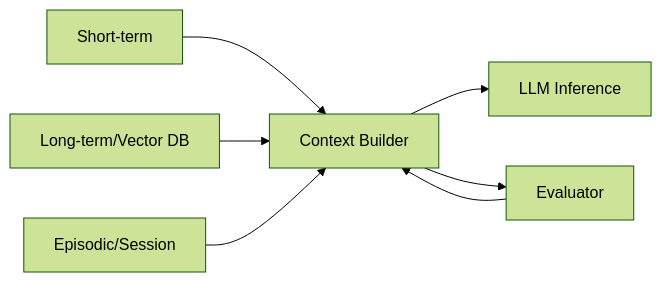
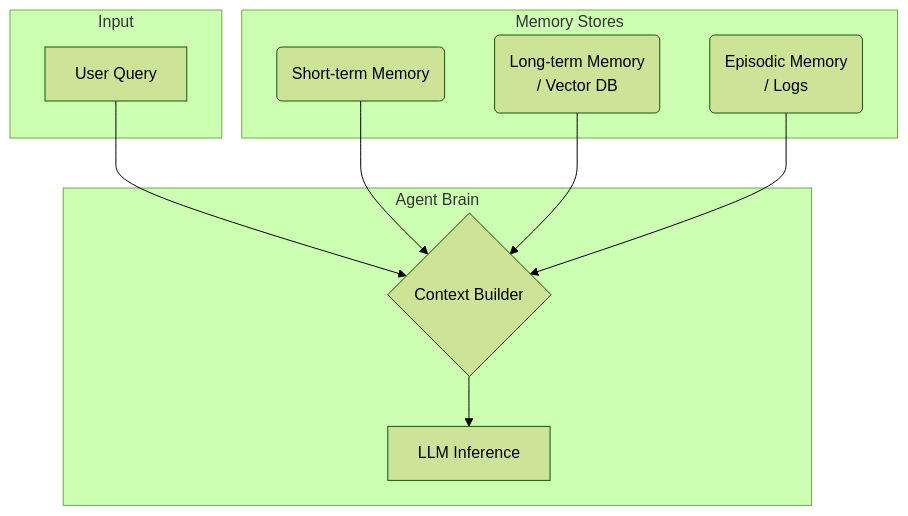
Before and after one commit to harimkang/ai-engineer-guide: the diagram in docs/5-agentic-ai/5-2-메모리-and-컨텍스트-관리/memory-architecture.md, drawn with Mermaid (forest theme). The commit also changed other lines of this file and 28 other files, not shown here.

````diff
--- a/docs/5-agentic-ai/5-2-메모리-and-컨텍스트-관리/memory-architecture.md
+++ b/docs/5-agentic-ai/5-2-메모리-and-컨텍스트-관리/memory-architecture.md
@@ -34,9 +37,20 @@
 ```mermaid
-flowchart LR
-  ST[Short-term] --> C[Context Builder]
-  LT[Long-term/Vector DB] --> C
-  EP[Episodic/Session] --> C
-  C --> LLM[LLM Inference]
-  C --> E[Evaluator]
-  E --> C
+flowchart TD
+    subgraph Input
+        A[User Query]
+    end
+    subgraph Memory Stores
+        B(Short-term Memory)
+        C(Long-term Memory<br>/ Vector DB)
+        D(Episodic Memory<br>/ Logs)
+    end
+    subgraph Agent Brain
+        E{Context Builder}
+        F[LLM Inference]
+    end
+    A --> E
+    B --> E
+    C --> E
+    D --> E
+    E --> F
 ```
````
